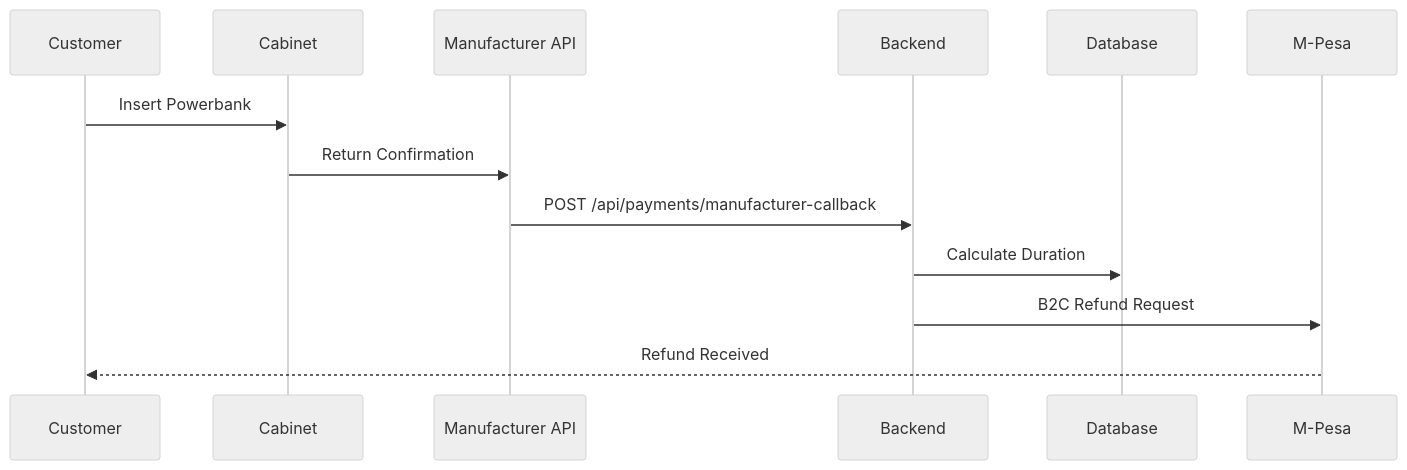
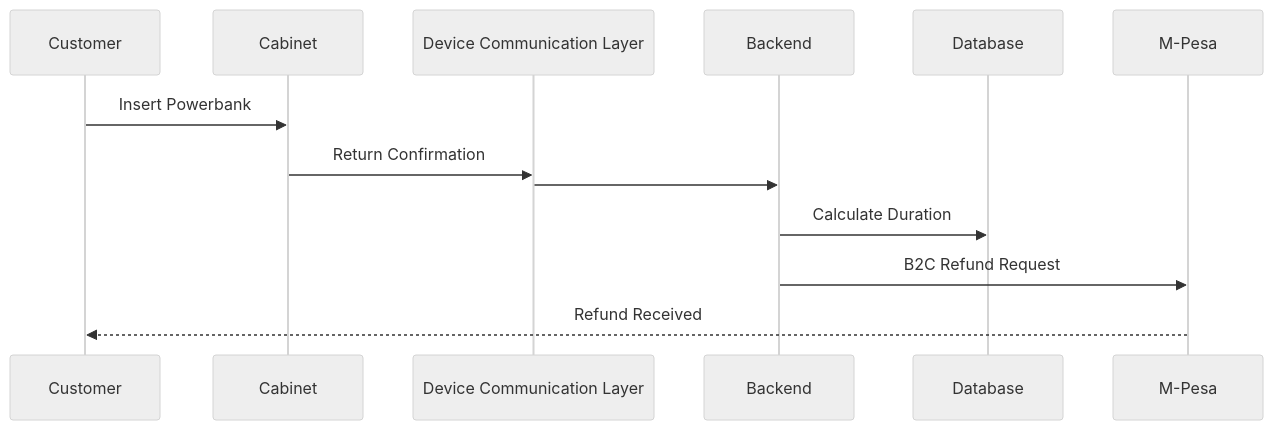
One commit to chargebyte-africa/chargebyte-csmp changed the third of 3 diagrams in README.md. Above: the diagram before and after it, drawn with Mermaid (neutral theme). The commit also changed other lines of this file, not shown here.

````diff
--- a/README.md
+++ b/README.md
@@ -231,9 +177,9 @@
 ```mermaid
 sequenceDiagram
     Customer->>Cabinet: Insert Powerbank
-    Cabinet->>Manufacturer API: Return Confirmation
-    Manufacturer API->>Backend: POST /api/payments/manufacturer-callback
+    Cabinet->>Device Communication Layer: Return Confirmation
+    Device Communication Layer->>Backend: 
     Backend->>Database: Calculate Duration
     Backend->>M-Pesa: B2C Refund Request
     M-Pesa-->>Customer: Refund Received
 ```
````
